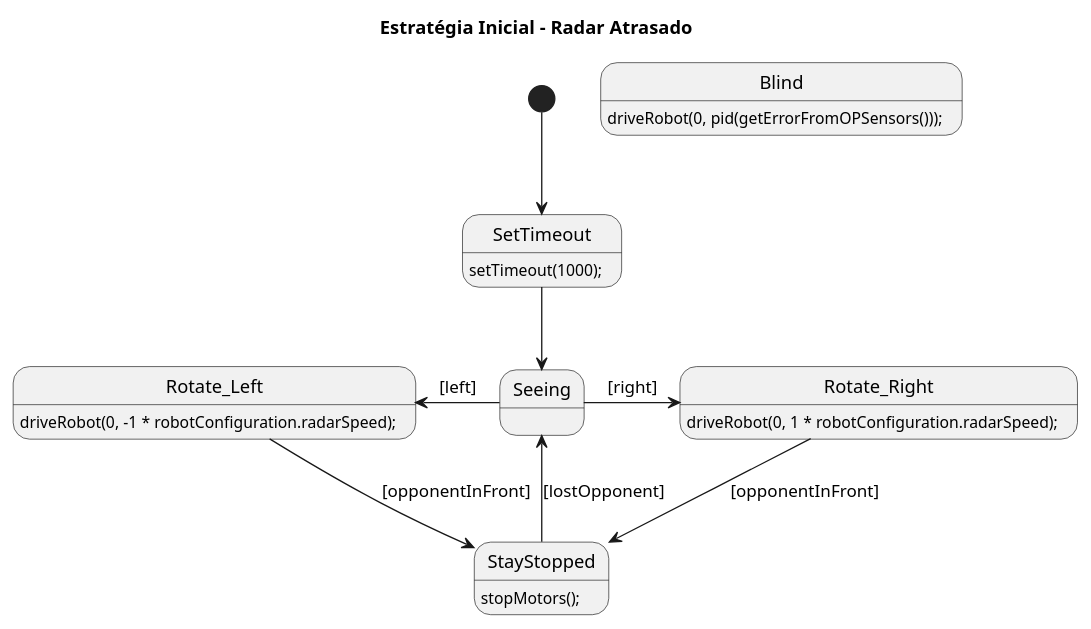
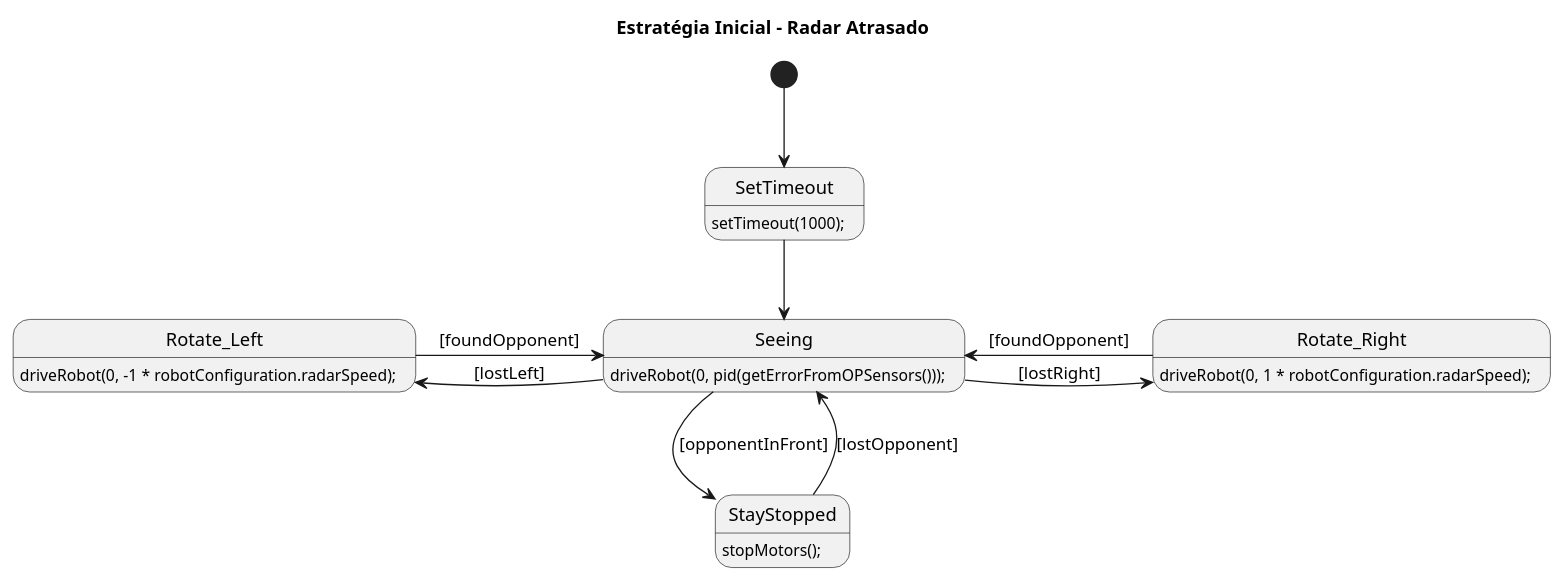
One commit to viniciusfneves/state-machine-sumo-controller changed the diagram in Integrado/Diagramas de Estado/Estratégias Iniciais/radar_atrasado.wsd. Above: the diagram before and after it, drawn with PlantUML.

Commit message:
Conserto do diagrama de estados do radar atrasado

```diff
--- a/Integrado/Diagramas de Estado/Estratégias Iniciais/radar_atrasado.wsd
+++ b/Integrado/Diagramas de Estado/Estratégias Iniciais/radar_atrasado.wsd
@@ -1,23 +1,24 @@
 @startuml Initial-RadarAtrasado
 
 title Estratégia Inicial - Radar Atrasado
 
 [*] --> SetTimeout
 SetTimeout --> Seeing
-Seeing -l-> Rotate_Left : [left]
-Seeing -r-> Rotate_Right : [right]
-Rotate_Left --> StayStopped : [opponentInFront]
-Rotate_Right --> StayStopped : [opponentInFront]
+Seeing -l-> Rotate_Left : [lostLeft]
+Seeing -r-> Rotate_Right : [lostRight]
+Rotate_Left -r-> Seeing : [foundOpponent]
+Rotate_Right -l-> Seeing : [foundOpponent]
+Seeing --> StayStopped : [opponentInFront]
 StayStopped -u-> Seeing : [lostOpponent]
 
 /'
 ' Descrições
 '/
 
 SetTimeout : setTimeout(1000);
 Rotate_Left : driveRobot(0, -1 * robotConfiguration.radarSpeed);
 Rotate_Right : driveRobot(0, 1 * robotConfiguration.radarSpeed);
 StayStopped : stopMotors();
-Blind : driveRobot(0, pid(getErrorFromOPSensors()));
+Seeing : driveRobot(0, pid(getErrorFromOPSensors()));
 
 @enduml
```
